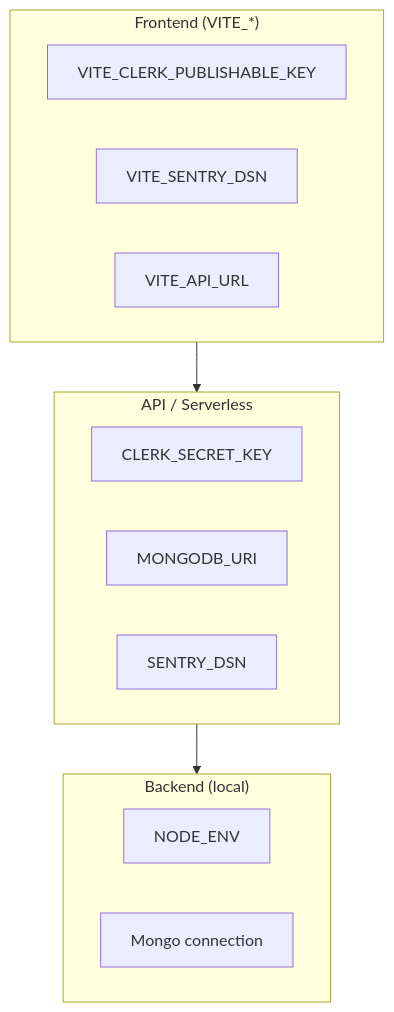
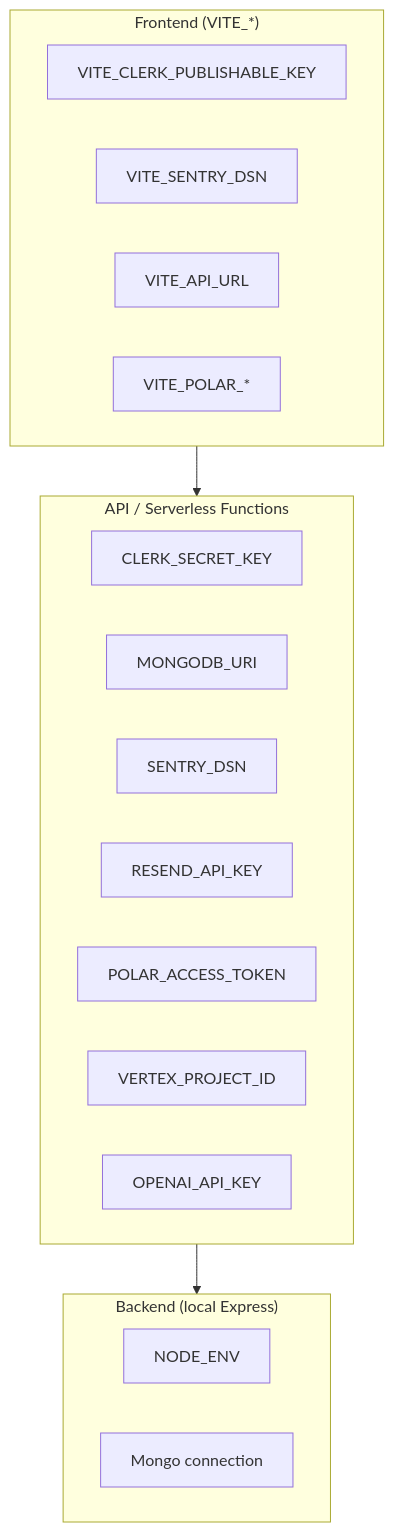
Before and after one commit to lawmight/TCDynamics: the second of 2 diagrams in docs/development/environment-setup.md, drawn with Mermaid. The commit also changed other lines of this file and 1 other file, not shown here.

````diff
--- a/docs/development/environment-setup.md
+++ b/docs/development/environment-setup.md
@@ -24,22 +24,27 @@
 ```mermaid
 flowchart TB
   subgraph Frontend["Frontend (VITE_*)"]
     ViteClerk[VITE_CLERK_PUBLISHABLE_KEY]
     ViteSentry[VITE_SENTRY_DSN]
     ViteAPI[VITE_API_URL]
+    VitePolar[VITE_POLAR_*]
   end
 
-  subgraph API["API / Serverless"]
+  subgraph API["API / Serverless Functions"]
     ClerkSecret[CLERK_SECRET_KEY]
     Mongo[MONGODB_URI]
     Sentry[SENTRY_DSN]
+    Resend[RESEND_API_KEY]
+    Polar[POLAR_ACCESS_TOKEN]
+    Vertex[VERTEX_PROJECT_ID]
+    OpenAI[OPENAI_API_KEY]
   end
 
-  subgraph Backend["Backend (local)"]
+  subgraph Backend["Backend (local Express)"]
     NodeEnv[NODE_ENV]
     BackendMongo[Mongo connection]
   end
 
   Frontend --> API
   API --> Backend
 ```
````
